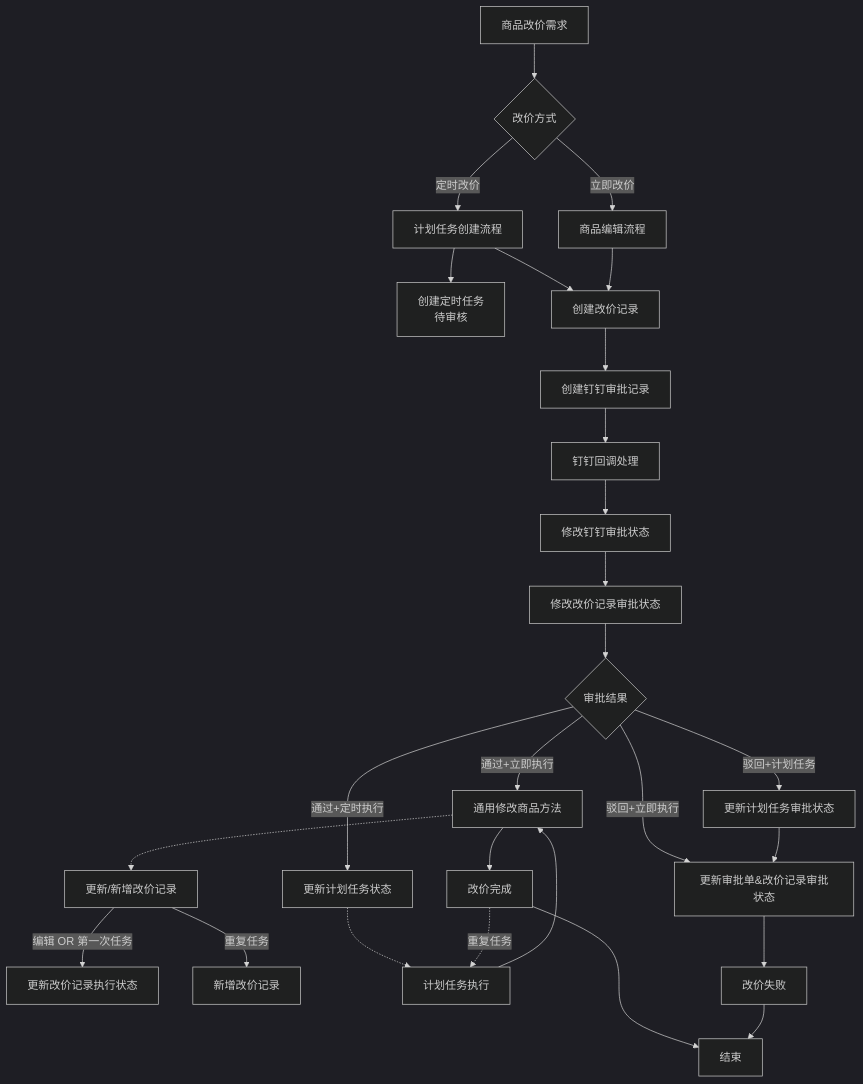
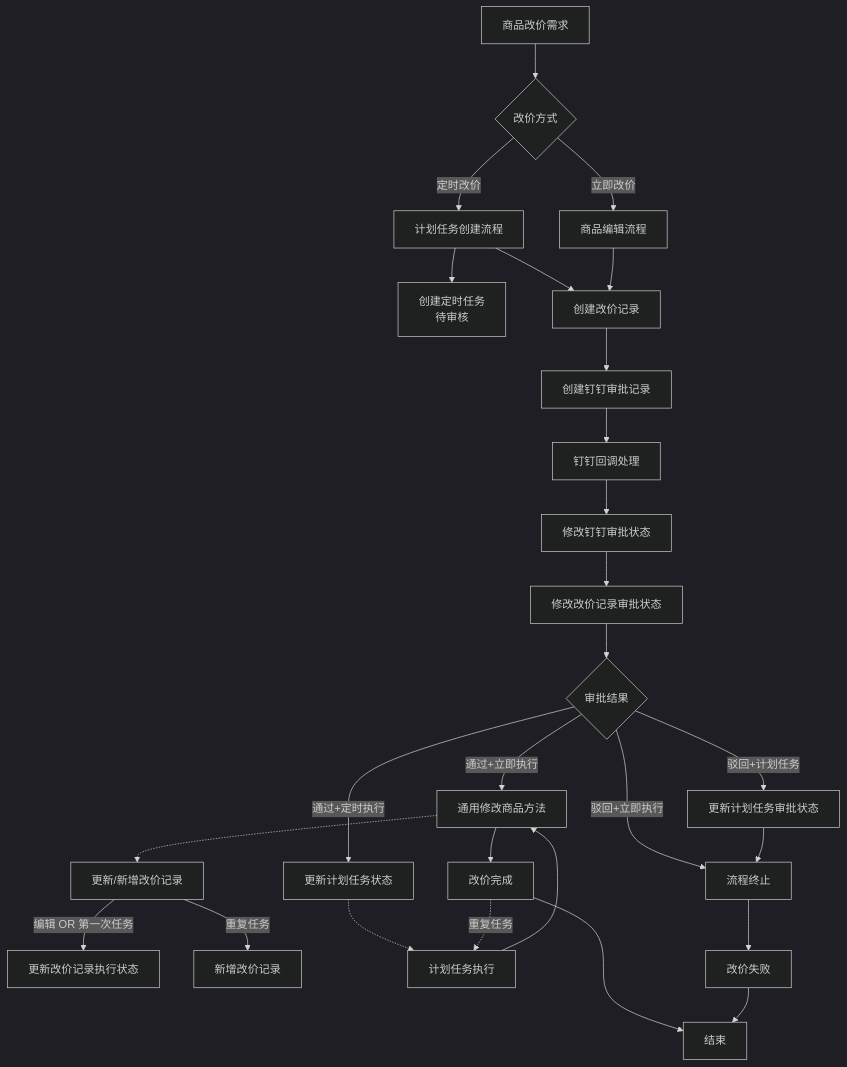
Before and after one commit to fuzhongyun/markdown2: the second of 8 diagrams in 钉钉审批通用化方案.md, drawn with Mermaid (dark theme). The commit also changed other lines of this file, not shown here.

````diff
--- a/钉钉审批通用化方案.md
+++ b/钉钉审批通用化方案.md
@@ -143,29 +224,29 @@
 ```mermaid
 flowchart TD
     A[商品改价需求] --> B{改价方式}
     B -->|立即改价| C[商品编辑流程]
     B -->|定时改价| D[计划任务创建流程]
     D --> D1[创建定时任务<br>待审核]
     D --> D2[创建改价记录]
     C --> D2
     D2 --> E[创建钉钉审批记录]
     E --> F[钉钉回调处理]
     F --> F1[修改钉钉审批状态]
     F1 --> F2[修改改价记录审批状态]
     F2 --> G{审批结果}
     G -->|通过+立即执行| H[通用修改商品方法]
     H .-> H1[更新/新增改价记录]
     H1 --> |编辑 OR 第一次任务|H11[更新改价记录执行状态]
     H1 --> |重复任务|H12[新增改价记录]
     G -->|通过+定时执行| I[更新计划任务状态]
-    G -->|驳回+立即执行| J[更新审批单&改价记录审批状态]
+    G -->|驳回+立即执行| J[流程终止]
     G -->|驳回+计划任务| J1[更新计划任务审批状态]
     J1 --> J
     I .-> K[计划任务执行]
     K --> H
     H --> L[改价完成]
     J --> M[改价失败]
     L .-> |重复任务|K
     L --> Z[结束]
     M --> Z
 ```
````
